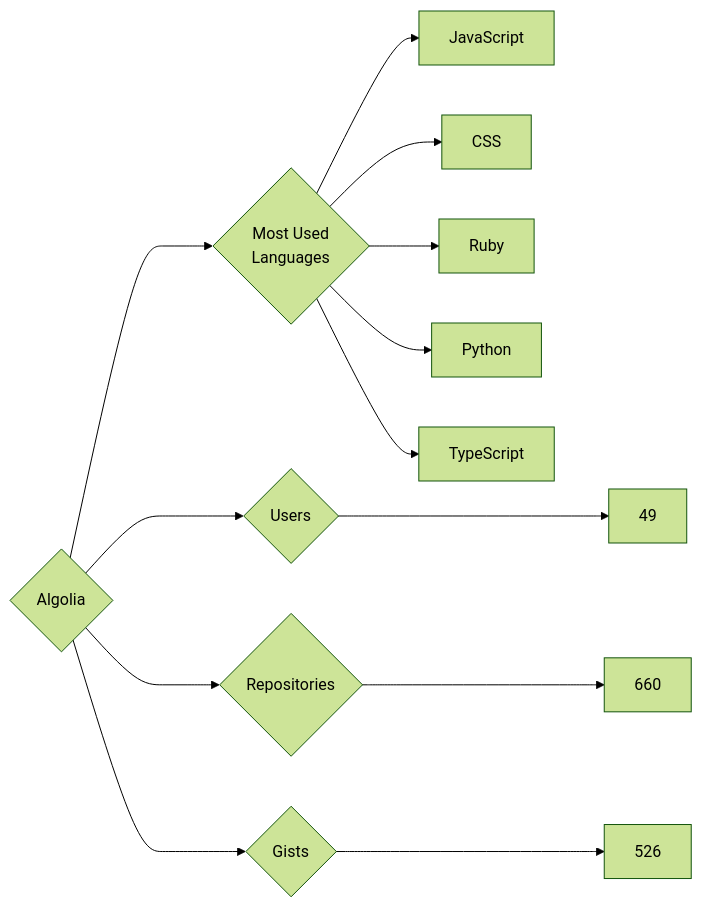
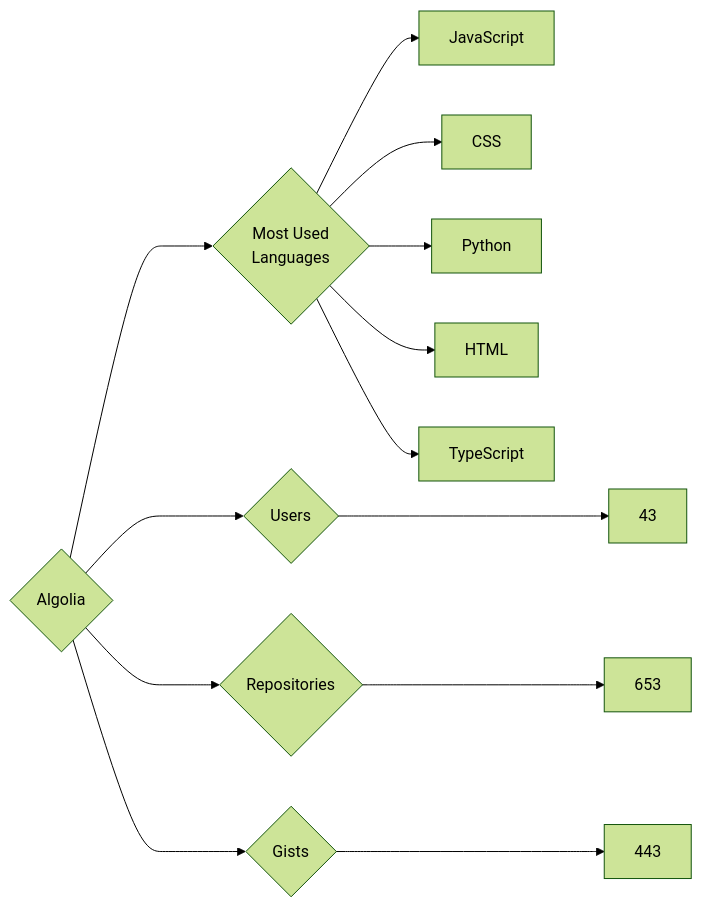
The diagram in targets/Algolia/README.md (trickest/insiders), drawn with Mermaid (forest theme) before and after one commit. The commit also changed 916 other files, not shown here.

````diff
--- a/targets/Algolia/README.md
+++ b/targets/Algolia/README.md
@@ -3,13 +3,13 @@
 ```mermaid
 graph LR
 COMPANY_NAME{Algolia}
-COMPANY_NAME ---> U{Users} ---> UN[49]
-COMPANY_NAME ---> R{Repositories} ---> RN[660]
-COMPANY_NAME ---> G{Gists} ---> GN[526]
+COMPANY_NAME ---> U{Users} ---> UN[43]
+COMPANY_NAME ---> R{Repositories} ---> RN[653]
+COMPANY_NAME ---> G{Gists} ---> GN[443]
 COMPANY_NAME ---> ML{Most Used<br>Languages}
 ML --> JavaScript[JavaScript]
 ML --> CSS[CSS]
-ML --> Ruby[Ruby]
 ML --> Python[Python]
+ML --> HTML[HTML]
 ML --> TypeScript[TypeScript]
 ```
````
